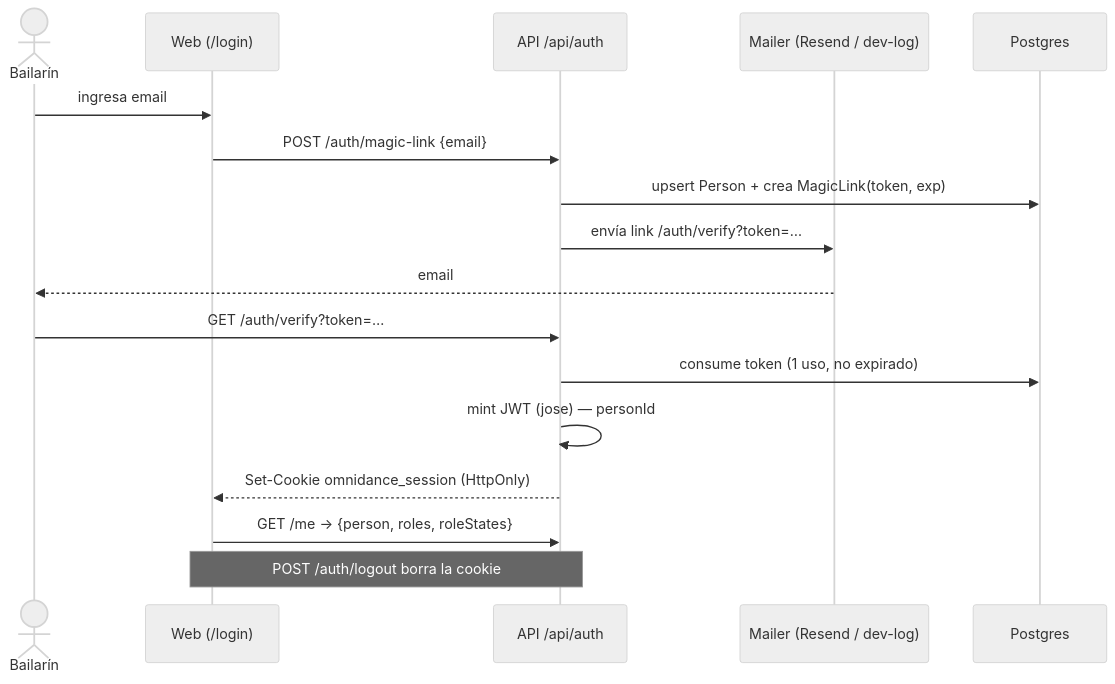
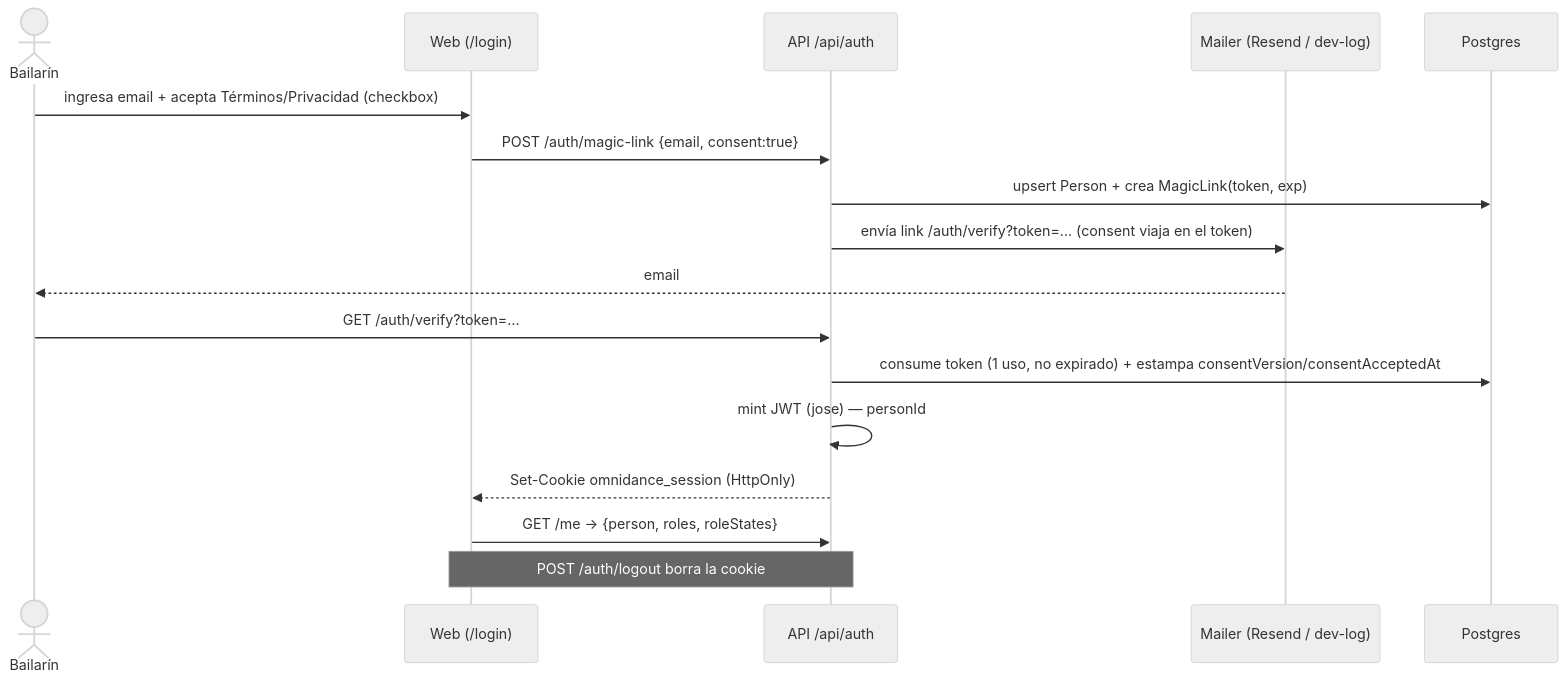
The first of 31 diagrams in docs/flows.md (EduardoSalasG/omnidance), drawn with Mermaid (neutral theme) before and after one commit. The commit also changed 29 other files, not shown here.

First line of the commit message:
feat: consentimiento legal — páginas /terminos y /privacidad, checkbox en alta y POST /me/consent

````diff
--- a/docs/flows.md
+++ b/docs/flows.md
@@ -7,20 +7,20 @@
 ```mermaid
 sequenceDiagram
     actor U as Bailarín
     participant W as Web (/login)
     participant A as API /api/auth
     participant M as Mailer (Resend / dev-log)
     participant DB as Postgres
 
-    U->>W: ingresa email
-    W->>A: POST /auth/magic-link {email}
+    U->>W: ingresa email + acepta Términos/Privacidad (checkbox)
+    W->>A: POST /auth/magic-link {email, consent:true}
     A->>DB: upsert Person + crea MagicLink(token, exp)
-    A->>M: envía link /auth/verify?token=…
+    A->>M: envía link /auth/verify?token=… (consent viaja en el token)
     M-->>U: email
     U->>A: GET /auth/verify?token=…
-    A->>DB: consume token (1 uso, no expirado)
+    A->>DB: consume token (1 uso, no expirado) + estampa consentVersion/consentAcceptedAt
     A->>A: mint JWT (jose) — personId
     A-->>W: Set-Cookie omnidance_session (HttpOnly)
     W->>A: GET /me → {person, roles, roleStates}
     Note over W,A: POST /auth/logout borra la cookie
 ```
````
